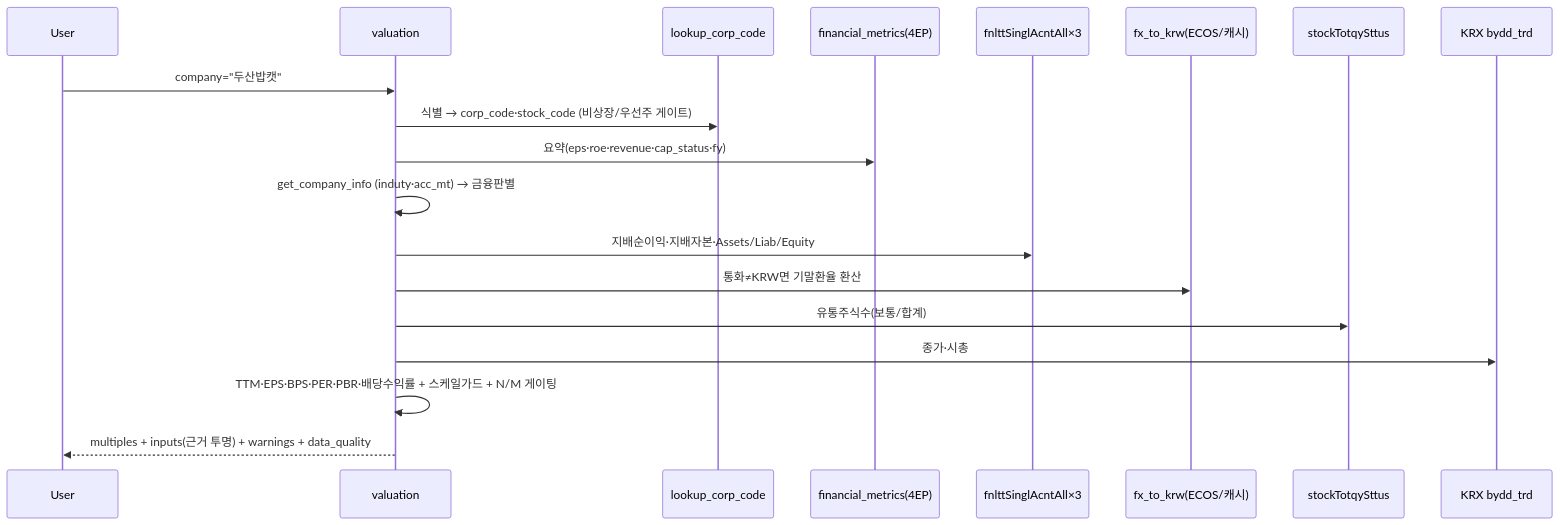
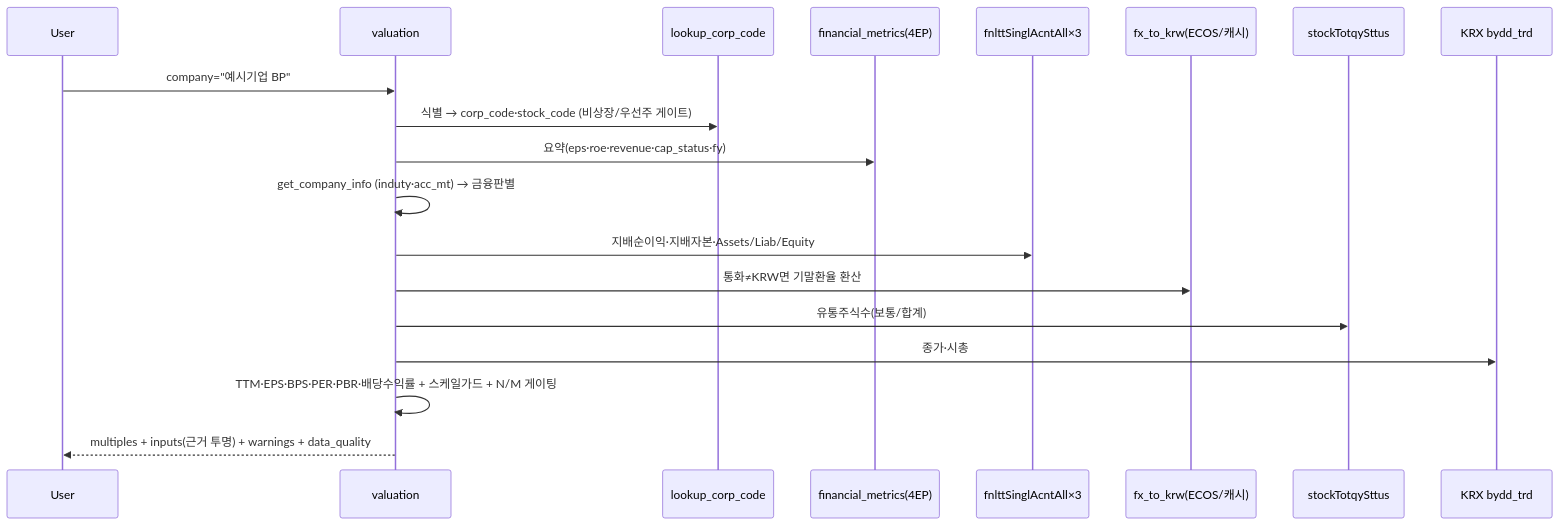
One commit to MarcoYou/open-proxy-mcp changed the diagram in wiki/tools/price_multiple_data.md. Above: the diagram before and after it, drawn with Mermaid. The commit also changed other lines of this file and 156 other files, not shown here.

````diff
--- a/wiki/tools/price_multiple_data.md
+++ b/wiki/tools/price_multiple_data.md
@@ -276,21 +278,21 @@
 ```mermaid
 sequenceDiagram
     participant U as User
     participant V as valuation
     participant R as lookup_corp_code
     participant FM as financial_metrics(4EP)
     participant AA as fnlttSinglAcntAll×3
     participant FX as fx_to_krw(ECOS/캐시)
     participant SH as stockTotqySttus
     participant KX as KRX bydd_trd
-    U->>V: company="두산밥캣"
+    U->>V: company="예시기업 BP"
     V->>R: 식별 → corp_code·stock_code (비상장/우선주 게이트)
     V->>FM: 요약(eps·roe·revenue·cap_status·fy)
     V->>V: get_company_info (induty·acc_mt) → 금융판별
     V->>AA: 지배순이익·지배자본·Assets/Liab/Equity
     V->>FX: 통화≠KRW면 기말환율 환산
     V->>SH: 유통주식수(보통/합계)
     V->>KX: 종가·시총
     V->>V: TTM·EPS·BPS·PER·PBR·배당수익률 + 스케일가드 + N/M 게이팅
     V-->>U: multiples + inputs(근거 투명) + warnings + data_quality
 ```
````
